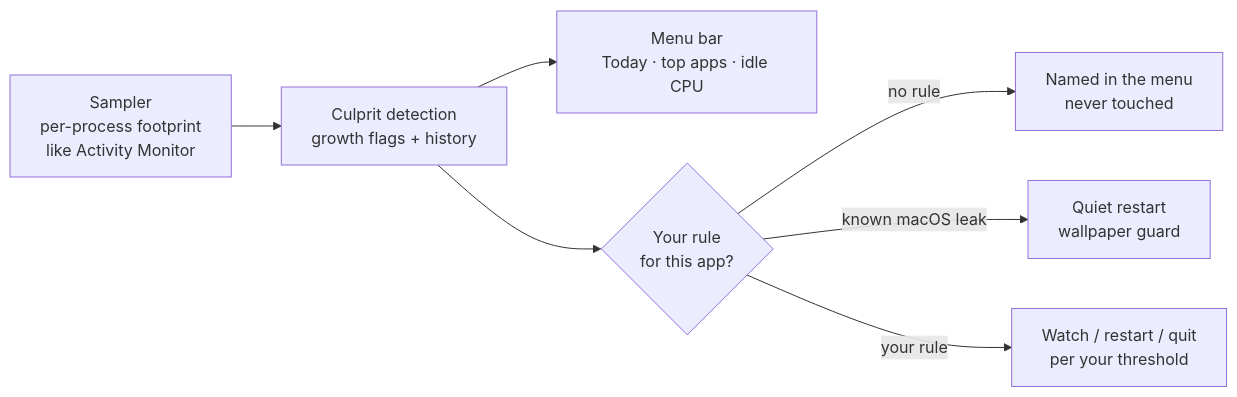
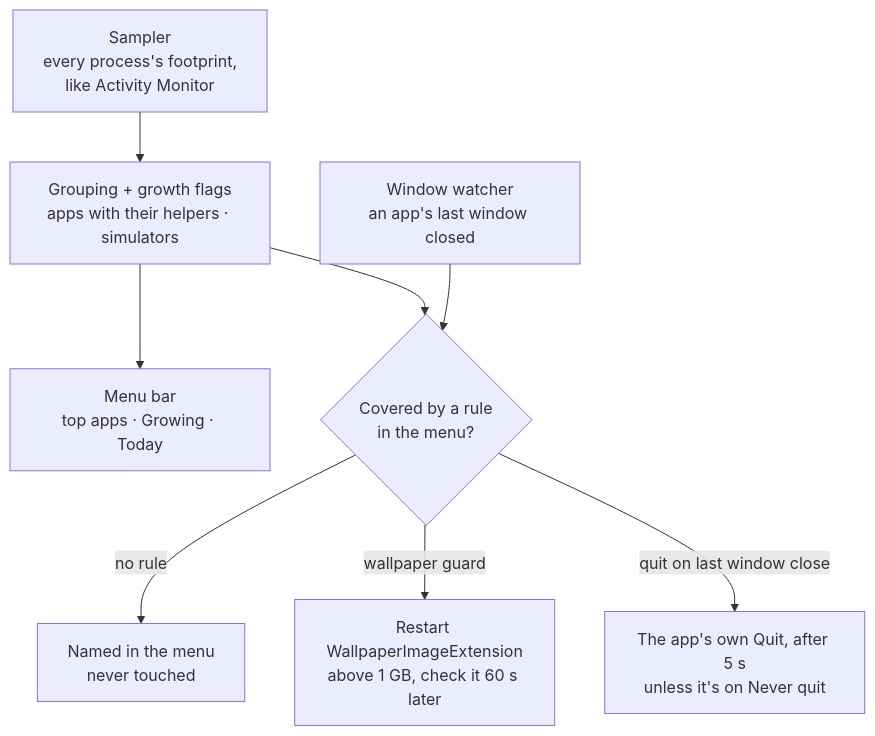
Before and after one commit to michael-v17/swapless: the diagram in README.md, drawn with Mermaid. The commit also changed other lines of this file and 2 other files, not shown here.

First line of the commit message:
docs: README pass before going public (photos, Measured, Known limits) (#4)

````diff
--- a/README.md
+++ b/README.md
@@ -38,9 +77,10 @@
 ```mermaid
-flowchart LR
-    A[Sampler\nper-process footprint\nlike Activity Monitor] --> B[Culprit detection\ngrowth flags + history]
-    B --> C[Menu bar\nToday · top apps · idle CPU]
-    B --> D{Your rule\nfor this app?}
-    D -- "no rule" --> E[Named in the menu\nnever touched]
-    D -- "known macOS leak" --> F[Quiet restart\nwallpaper guard]
-    D -- "your rule" --> G[Watch / restart / quit\nper your threshold]
+flowchart TD
+    A["Sampler<br/>every process's footprint,<br/>like Activity Monitor"] --> B["Grouping + growth flags<br/>apps with their helpers · simulators"]
+    B --> C["Menu bar<br/>top apps · Growing · Today"]
+    B --> D{"Covered by a rule<br/>in the menu?"}
+    W["Window watcher<br/>an app's last window closed"] --> D
+    D -- "no rule" --> E["Named in the menu<br/>never touched"]
+    D -- "wallpaper guard" --> F["Restart WallpaperImageExtension<br/>above 1 GB, check it 60 s later"]
+    D -- "quit on last window close" --> G["The app's own Quit, after 5 s<br/>unless it's on Never quit"]
 ```
````
